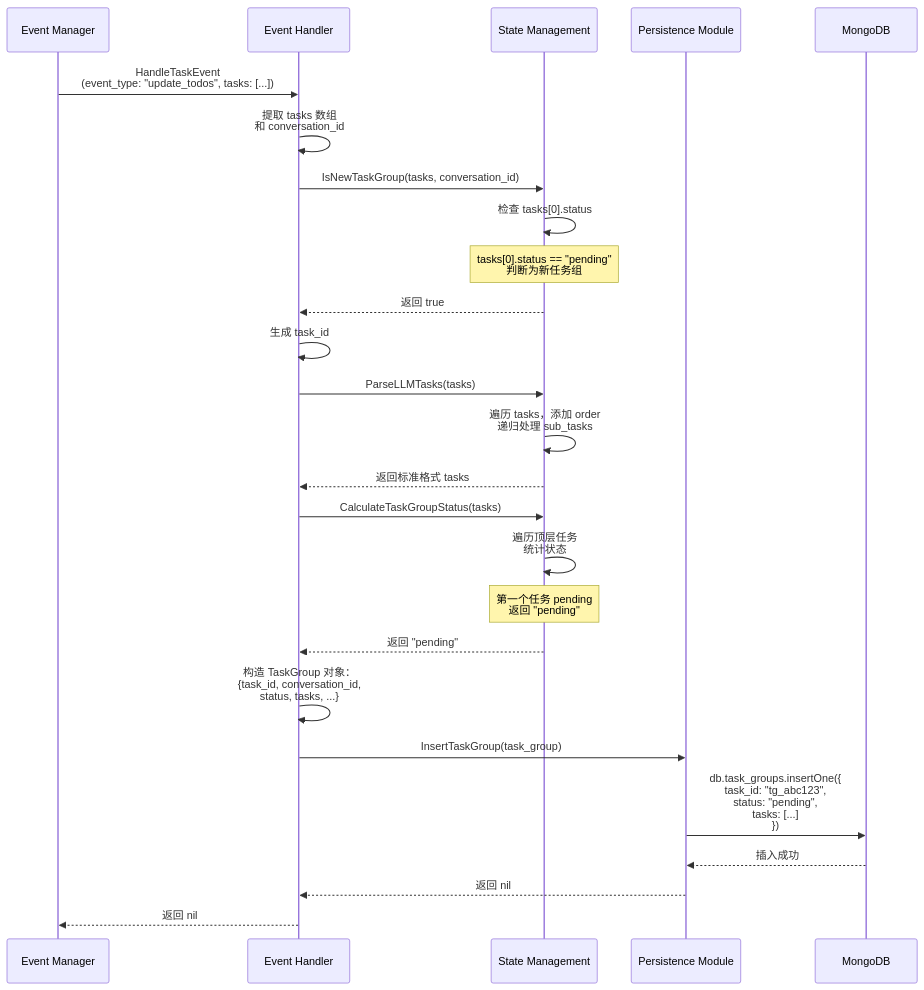
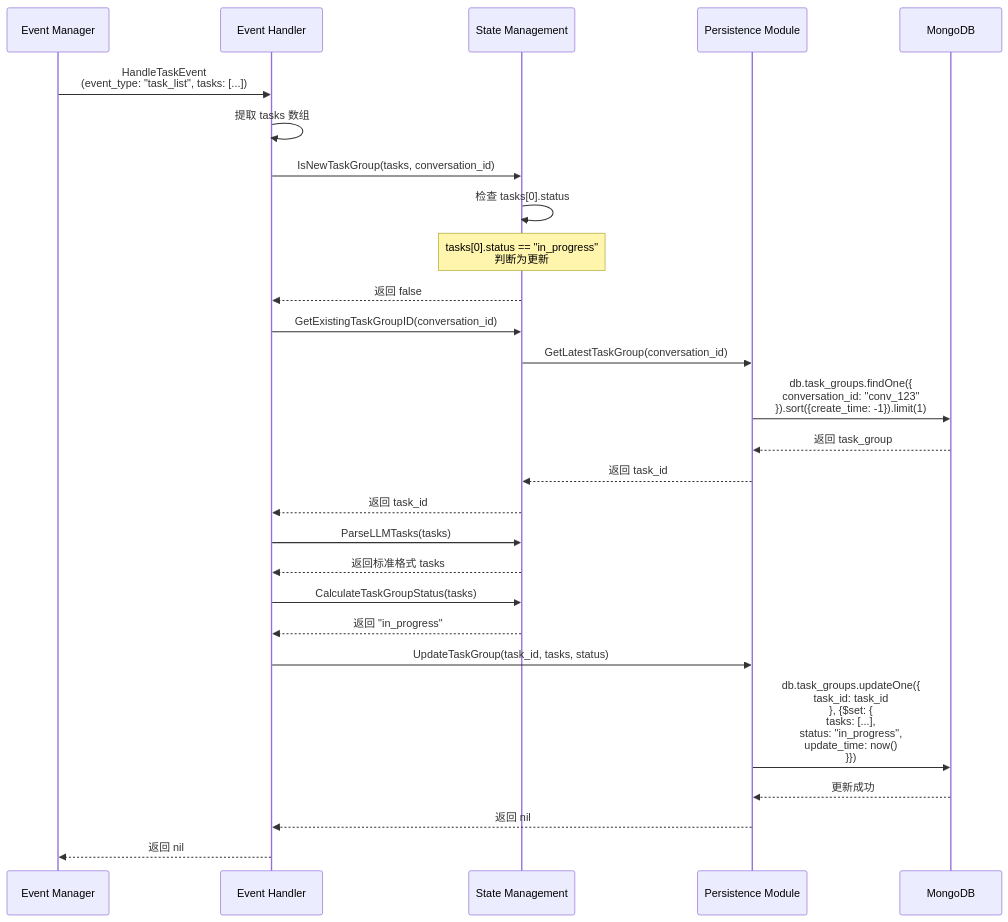
Before and after one commit to yingjianzh/iodraw-files: the diagram in all/未命名-10.md, drawn with Mermaid.

Commit message:
2025-12-25 11:18:08 update

````diff
--- a/all/未命名-10.md
+++ b/all/未命名-10.md
@@ -1,38 +1,38 @@
 ```mermaid
 sequenceDiagram
     participant EM as Event Manager
     participant EH as Event Handler
     participant SM as State Management
     participant Persist as Persistence Module
     participant DB as MongoDB
 
-    EM->>EH: HandleTaskEvent<br/>(event_type: "update_todos", tasks: [...])
+    EM->>EH: HandleTaskEvent<br/>(event_type: "task_list", tasks: [...])
     
-    EH->>EH: 提取 tasks 数组<br/>和 conversation_id
+    EH->>EH: 提取 tasks 数组
     
     EH->>SM: IsNewTaskGroup(tasks, conversation_id)
     
     SM->>SM: 检查 tasks[0].status
-    Note over SM: tasks[0].status == "pending"<br/>判断为新任务组
-    SM-->>EH: 返回 true
+    Note over SM: tasks[0].status == "in_progress"<br/>判断为更新
+    SM-->>EH: 返回 false
     
-    EH->>EH: 生成 task_id
+    EH->>SM: GetExistingTaskGroupID(conversation_id)
+    SM->>Persist: GetLatestTaskGroup(conversation_id)
+    Persist->>DB: db.task_groups.findOne({<br/>  conversation_id: "conv_123"<br/>}).sort({create_time: -1}).limit(1)
+    DB-->>Persist: 返回 task_group
+    Persist-->>SM: 返回 task_id
+    SM-->>EH: 返回 task_id
     
     EH->>SM: ParseLLMTasks(tasks)
-    SM->>SM: 遍历 tasks，添加 order<br/>递归处理 sub_tasks
     SM-->>EH: 返回标准格式 tasks
     
     EH->>SM: CalculateTaskGroupStatus(tasks)
-    SM->>SM: 遍历顶层任务<br/>统计状态
-    Note over SM: 第一个任务 pending<br/>返回 "pending"
-    SM-->>EH: 返回 "pending"
+    SM-->>EH: 返回 "in_progress"
     
-    EH->>EH: 构造 TaskGroup 对象：<br/>{task_id, conversation_id,<br/>status, tasks, ...}
-    
-    EH->>Persist: InsertTaskGroup(task_group)
-    Persist->>DB: db.task_groups.insertOne({<br/>  task_id: "tg_abc123",<br/>  status: "pending",<br/>  tasks: [...]<br/>})
-    DB-->>Persist: 插入成功
+    EH->>Persist: UpdateTaskGroup(task_id, tasks, status)
+    Persist->>DB: db.task_groups.updateOne({<br/>  task_id: task_id<br/>}, {$set: {<br/>  tasks: [...],<br/>  status: "in_progress",<br/>  update_time: now()<br/>}})
+    DB-->>Persist: 更新成功
     
     Persist-->>EH: 返回 nil
     EH-->>EM: 返回 nil
 ```
````
